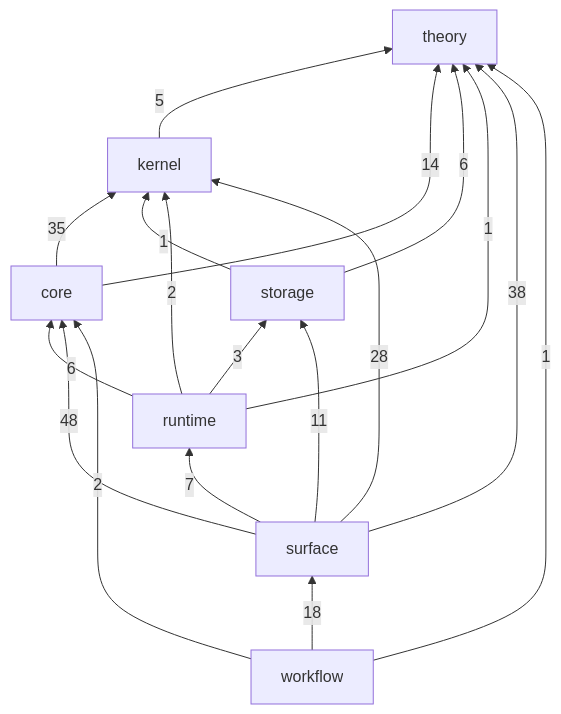
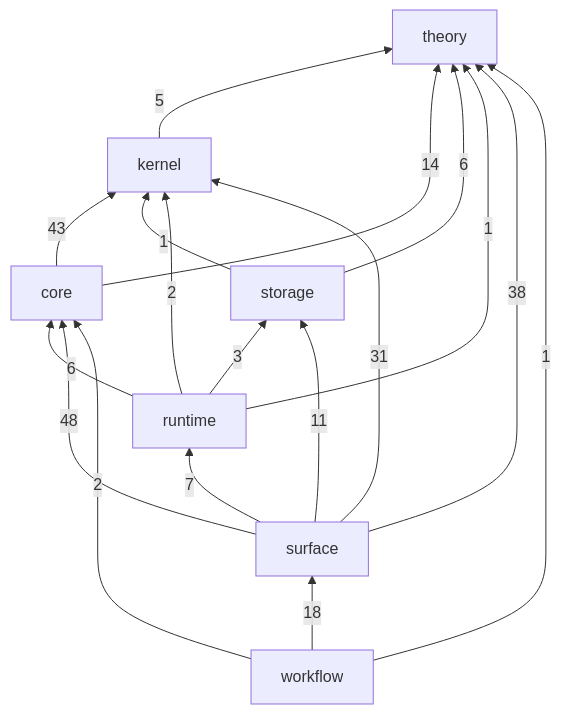
One commit to gandr-lang/gandr changed the first of 2 diagrams in crates/README.md. Above: the diagram before and after it, drawn with Mermaid. The commit also changed 1 other file, not shown here.

Commit message:
docs(kernel): write the crate map again
`core-content` reads the containers of `kernel-data`.

Advances #7378

````diff
--- a/crates/README.md
+++ b/crates/README.md
@@ -27,27 +27,27 @@
 ```mermaid
 flowchart BT
   theory
   kernel
   core
   storage
   runtime
   surface
   workflow
   kernel -->|5| theory
   core -->|14| theory
-  core -->|35| kernel
+  core -->|43| kernel
   storage -->|6| theory
   storage -->|1| kernel
   runtime -->|1| theory
   runtime -->|2| kernel
   runtime -->|6| core
   runtime -->|3| storage
   surface -->|38| theory
-  surface -->|28| kernel
+  surface -->|31| kernel
   surface -->|48| core
   surface -->|11| storage
   surface -->|7| runtime
   workflow -->|1| theory
   workflow -->|2| core
   workflow -->|18| surface
 ```
````
